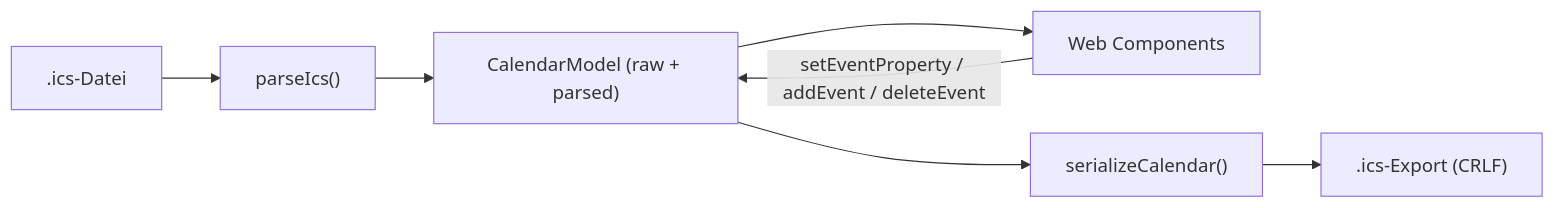
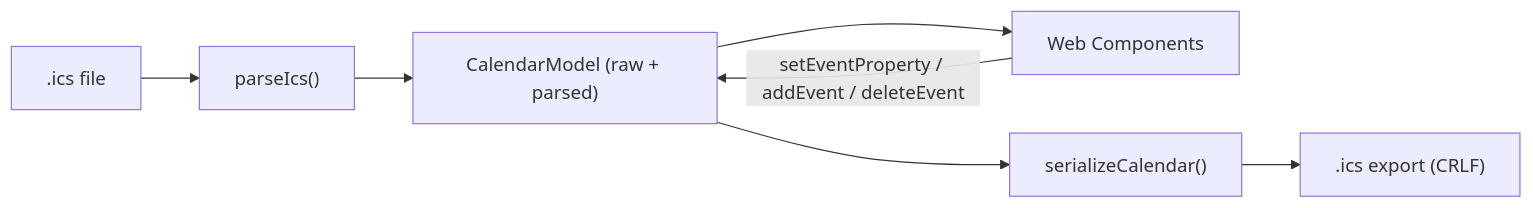
Before and after one commit to clavicarius/ics-editor: the first of 2 diagrams in docs/Architecture.md, drawn with Mermaid. The commit also changed other lines of this file and 12 other files, not shown here.

````diff
--- a/docs/Architecture.md
+++ b/docs/Architecture.md
@@ -61,9 +59,9 @@
 ```mermaid
 flowchart LR
-  File[".ics-Datei"] --> Parse["parseIcs()"]
+  File[".ics file"] --> Parse["parseIcs()"]
   Parse --> Model["CalendarModel (raw + parsed)"]
   Model --> UI["Web Components"]
   UI -->|"setEventProperty / addEvent / deleteEvent"| Model
   Model --> Serialize["serializeCalendar()"]
-  Serialize --> Out[".ics-Export (CRLF)"]
+  Serialize --> Out[".ics export (CRLF)"]
 ```
````
